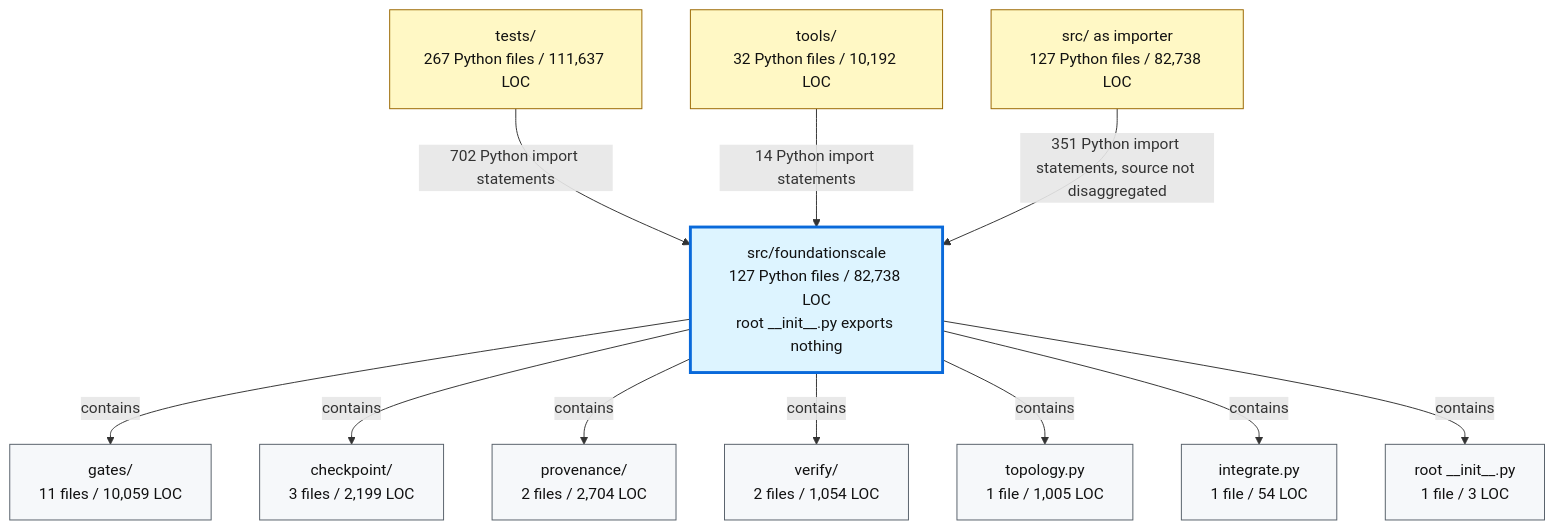
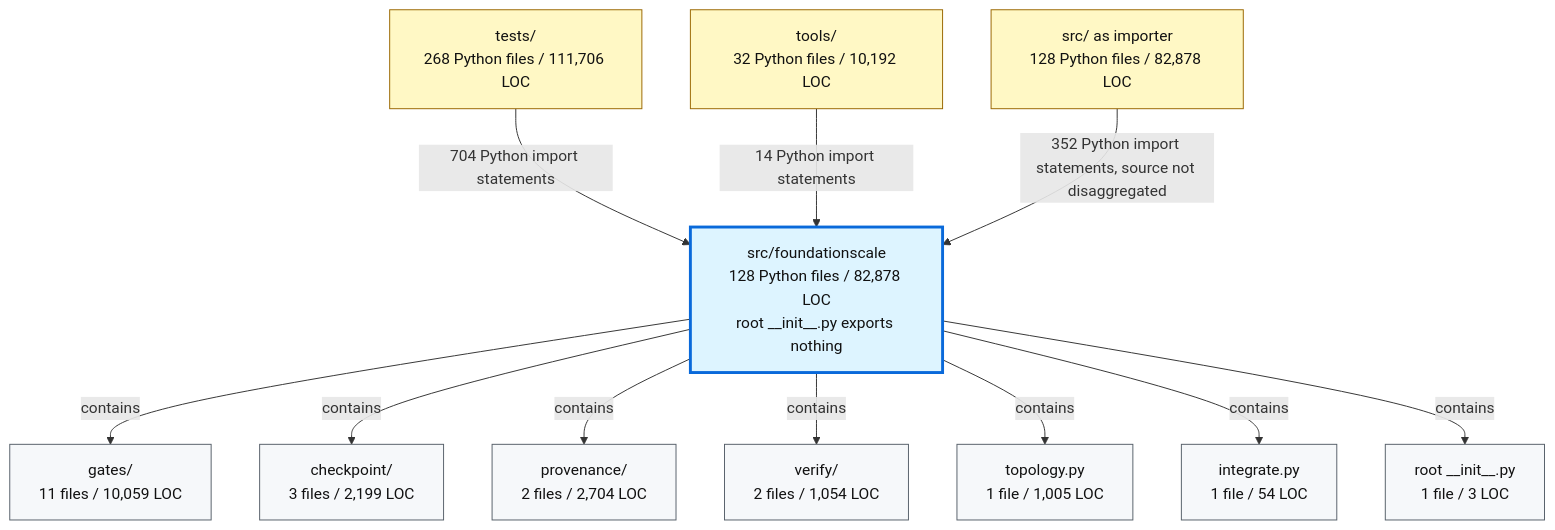
One commit to TranNhiem/FoundationScale changed the second of 2 diagrams in docs/review/D2_current_architecture.md. Above: the diagram before and after it, drawn with Mermaid. The commit also changed other lines of this file and 18 other files, not shown here.

````diff
--- a/docs/review/D2_current_architecture.md
+++ b/docs/review/D2_current_architecture.md
@@ -97,36 +97,36 @@
 ```mermaid
 flowchart TB
-  TESTS["tests/<br/>267 Python files / 111,637 LOC"]
+  TESTS["tests/<br/>268 Python files / 111,706 LOC"]
   TOOLS["tools/<br/>32 Python files / 10,192 LOC"]
-  SRC["src/ as importer<br/>127 Python files / 82,738 LOC"]
+  SRC["src/ as importer<br/>128 Python files / 82,878 LOC"]
 
-  FS["src/foundationscale<br/>127 Python files / 82,738 LOC<br/>root __init__.py exports nothing"]
+  FS["src/foundationscale<br/>128 Python files / 82,878 LOC<br/>root __init__.py exports nothing"]
 
   GATES["gates/<br/>11 files / 10,059 LOC"]
   CKPT["checkpoint/<br/>3 files / 2,199 LOC"]
   PROV["provenance/<br/>2 files / 2,704 LOC"]
   VERIFY["verify/<br/>2 files / 1,054 LOC"]
   TOPO["topology.py<br/>1 file / 1,005 LOC"]
   INTEG["integrate.py<br/>1 file / 54 LOC"]
   ROOT["root __init__.py<br/>1 file / 3 LOC"]
 
-  TESTS -->|"702 Python import statements"| FS
+  TESTS -->|"704 Python import statements"| FS
   TOOLS -->|"14 Python import statements"| FS
-  SRC -->|"351 Python import statements, source not disaggregated"| FS
+  SRC -->|"352 Python import statements, source not disaggregated"| FS
 
   FS -->|"contains"| GATES
   FS -->|"contains"| CKPT
   FS -->|"contains"| PROV
   FS -->|"contains"| VERIFY
   FS -->|"contains"| TOPO
   FS -->|"contains"| INTEG
   FS -->|"contains"| ROOT
 
   classDef consumer fill:#fff8c5,stroke:#9a6700,color:#111;
   classDef package fill:#ddf4ff,stroke:#0969da,stroke-width:3px,color:#111;
   classDef module fill:#f6f8fa,stroke:#57606a,color:#111;
 
   class TESTS,TOOLS,SRC consumer;
   class FS package;
   class GATES,CKPT,PROV,VERIFY,TOPO,INTEG,ROOT module;
 ```
````
